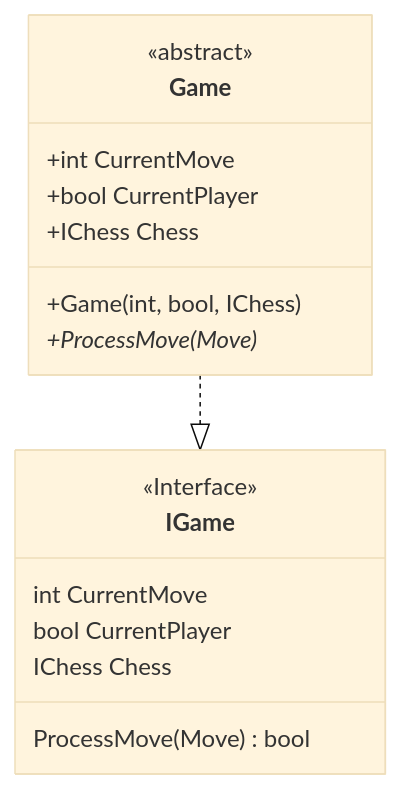
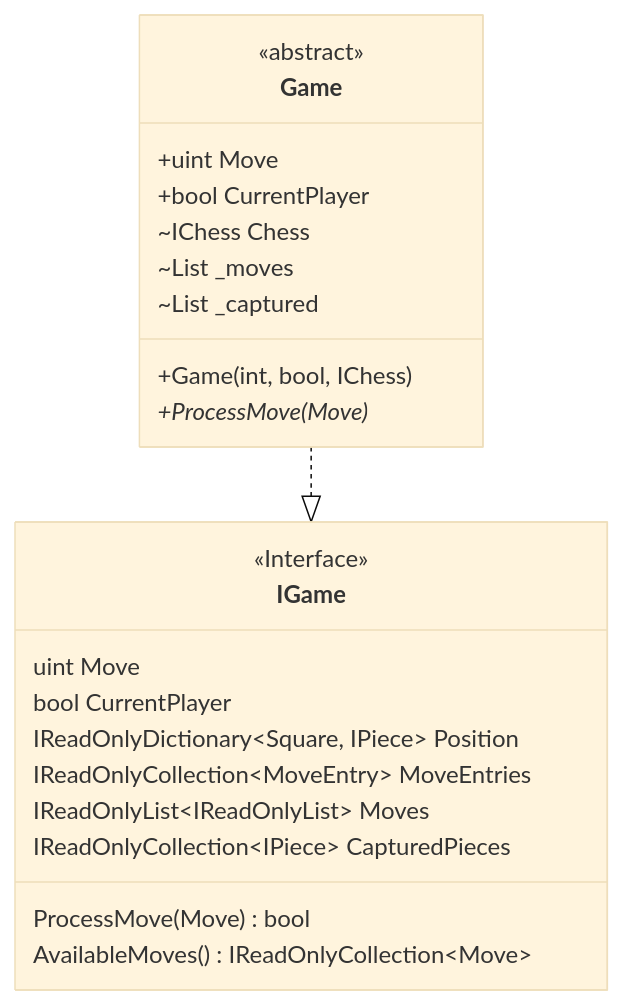
The diagram in UML Diagram/Core/Game.md (JeanLColombo/Mate), drawn with Mermaid (base theme) before and after one commit. The commit also changed 7 other files, not shown here.

````diff
--- a/UML Diagram/Core/Game.md
+++ b/UML Diagram/Core/Game.md
@@ -1,19 +1,25 @@
 ```mermaid
     classDiagram
     class IGame{
         <<Interface>>
-        int CurrentMove
+        uint Move
         bool CurrentPlayer
-        IChess Chess
+        IReadOnlyDictionary~Square, IPiece~ Position
+        IReadOnlyCollection~MoveEntry~ MoveEntries
+        IReadOnlyList~IReadOnlyList<Move>~ Moves
+        IReadOnlyCollection~IPiece~ CapturedPieces
         ProcessMove(Move) bool
+        AvailableMoves() IReadOnlyCollection~Move~
     }
     class Game{
         <<abstract>>
-        +int CurrentMove
+        +uint Move
         +bool CurrentPlayer
-        +IChess Chess
+        ~IChess Chess
+        ~List _moves
+        ~List _captured
         +Game(int, bool, IChess)
         +ProcessMove(Move)*
     }
     Game ..|> IGame
 ```
````
